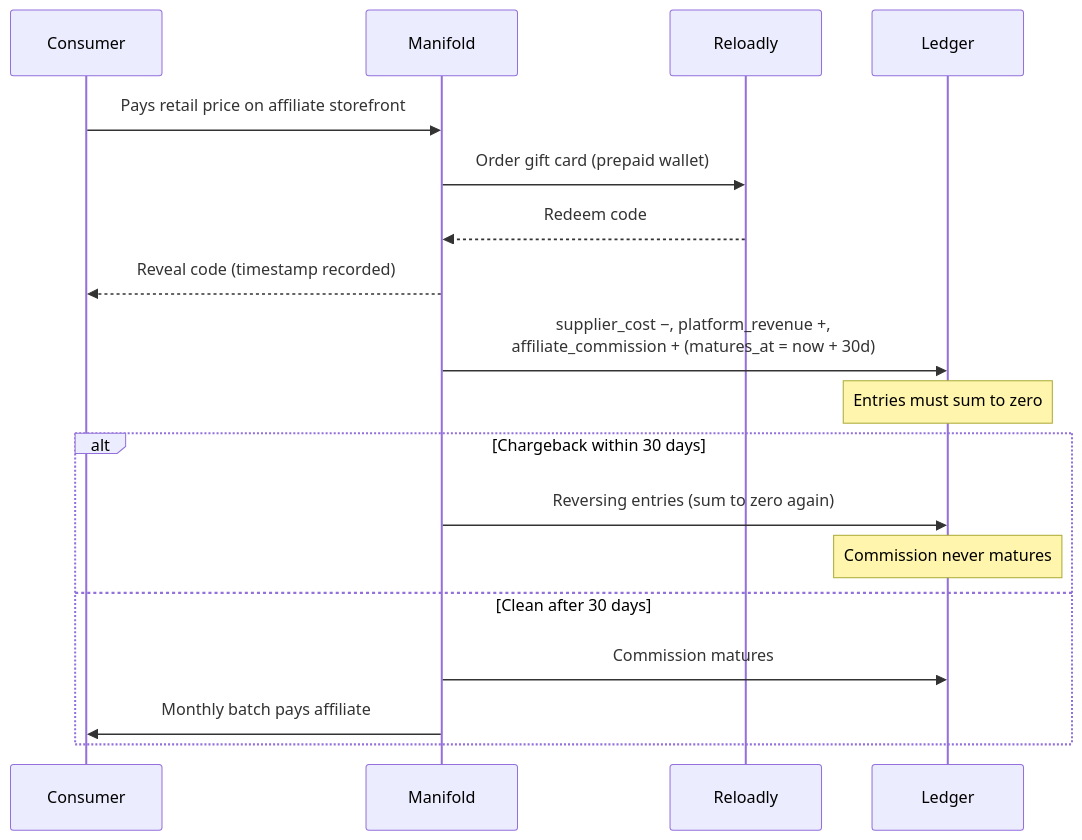
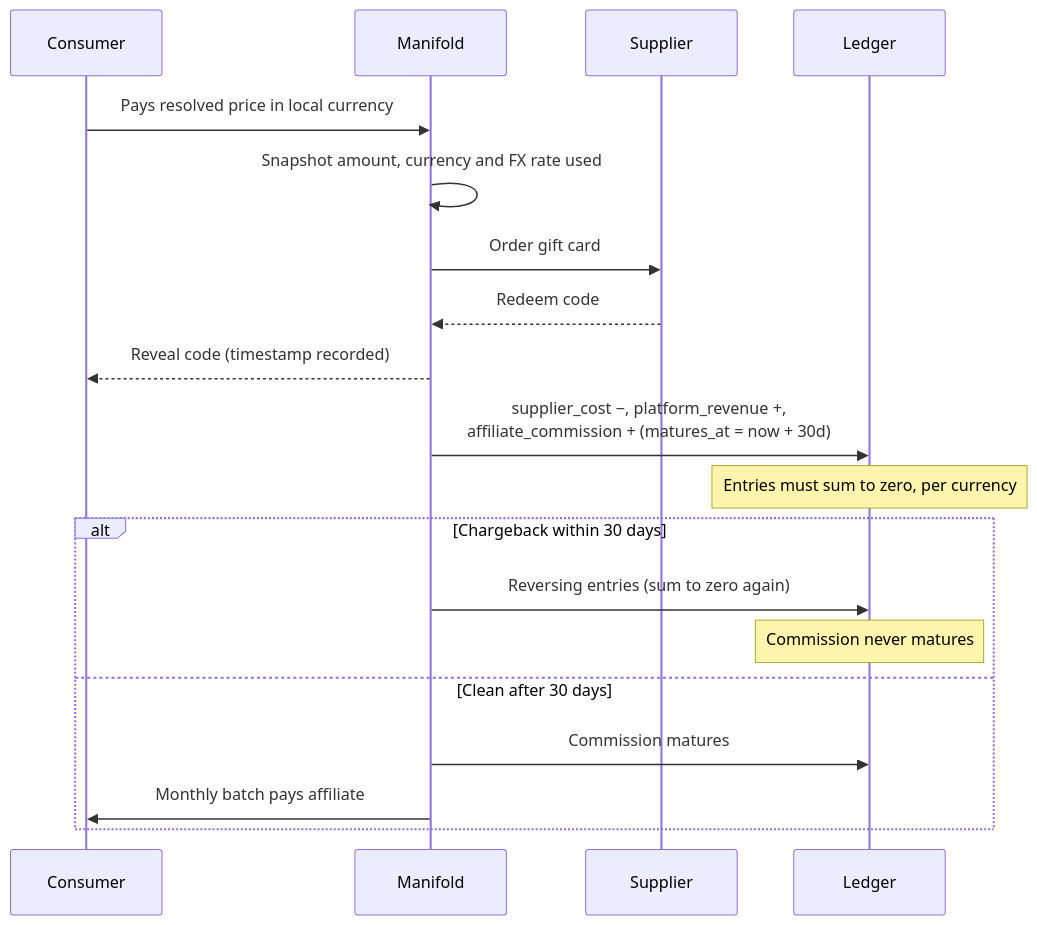
The third of 3 diagrams in docs/payments-tasks.md (pedromello/manifoldpowered.com), drawn with Mermaid before and after one commit. The commit also changed other lines of this file, not shown here.

First line of the commit message:
docs: settle money type and add multi-currency pricing tasks

````diff
--- a/docs/payments-tasks.md
+++ b/docs/payments-tasks.md
@@ -42,22 +70,23 @@
 ```mermaid
 sequenceDiagram
     participant C as Consumer
     participant M as Manifold
-    participant R as Reloadly
+    participant S as Supplier
     participant L as Ledger
 
-    C->>M: Pays retail price on affiliate storefront
-    M->>R: Order gift card (prepaid wallet)
-    R-->>M: Redeem code
+    C->>M: Pays resolved price in local currency
+    M->>M: Snapshot amount, currency and FX rate used
+    M->>S: Order gift card
+    S-->>M: Redeem code
     M-->>C: Reveal code (timestamp recorded)
     M->>L: supplier_cost −, platform_revenue +,<br/>affiliate_commission + (matures_at = now + 30d)
-    Note over L: Entries must sum to zero
+    Note over L: Entries must sum to zero, per currency
 
     alt Chargeback within 30 days
         M->>L: Reversing entries (sum to zero again)
         Note over L: Commission never matures
     else Clean after 30 days
         M->>L: Commission matures
         M->>C: Monthly batch pays affiliate
     end
 ```
````
